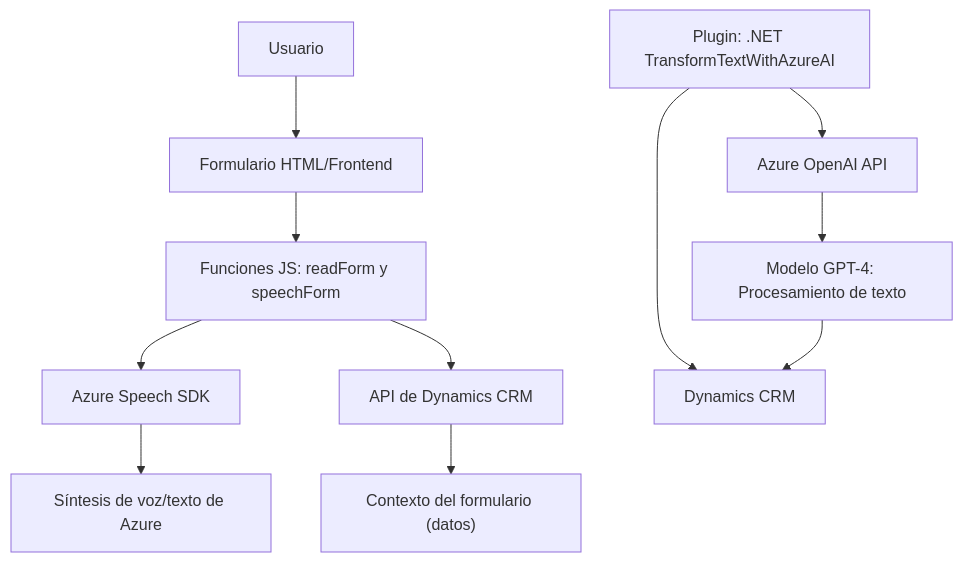
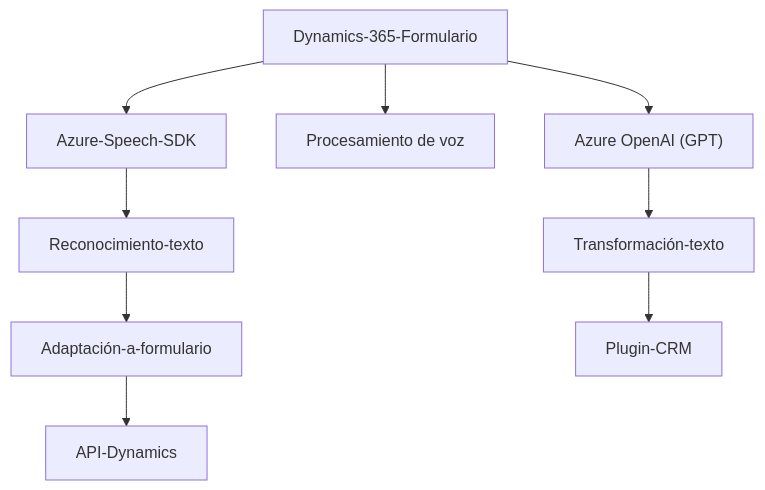
The diagram in README.md (blopezdm/NETCORE_BILBAO2025), drawn with Mermaid before and after one commit. The commit also changed other lines of this file, not shown here.

````diff
--- a/README.md
+++ b/README.md
@@ -46,14 +51,10 @@
 ```mermaid
 graph TD
-    A["Usuario"] --> B["Formulario HTML/Frontend"]
-    B --> C["Funciones JS: readForm y speechForm"]
-    C --> D["Azure Speech SDK"]
-    C --> E["API de Dynamics CRM"]
-    D --> F["Síntesis de voz/texto de Azure"]
-    E --> G["Contexto del formulario (datos)"]
+    A["Dynamics-365-Formulario"] --> B["Azure-Speech-SDK"]
+    A --> C["Procesamiento de voz"]
+    B --> D["Reconocimiento-texto"] --> E["Adaptación-a-formulario"]
+    A --> F["Azure OpenAI (GPT)"]
+    F --> G["Transformación-texto"] --> H["Plugin-CRM"]
+    E --> I["API-Dynamics"]
 
-    H["Plugin: .NET TransformTextWithAzureAI"] --> I["Dynamics CRM"]
-    H --> J["Azure OpenAI API"]
-    J --> K["Modelo GPT-4: Procesamiento de texto"]
-    K --> I
 ```
````
